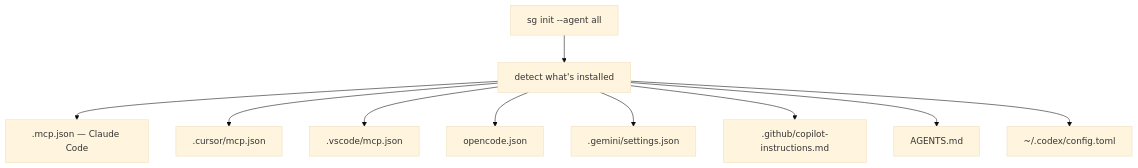
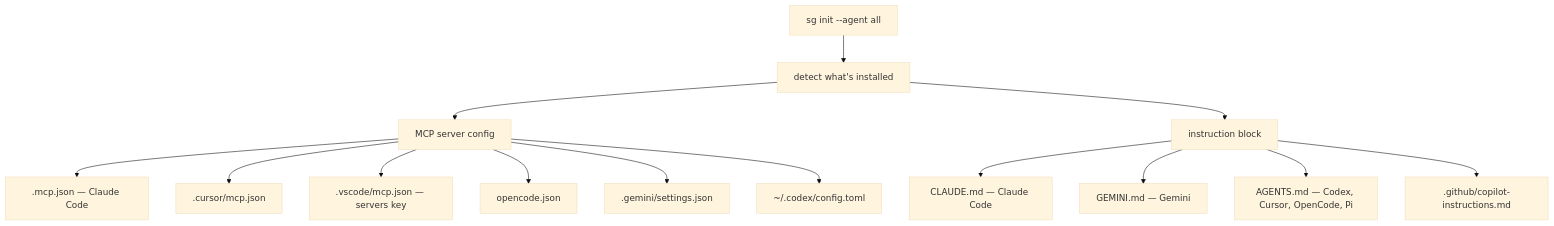
Before and after one commit to Deepjyoti-Sarmah/symbolgraph: the third of 4 diagrams in docs/11-serving-mcp.md, drawn with Mermaid (base theme). The commit also changed other lines of this file and 9 other files, not shown here.

First line of the commit message:
fix: per-editor instruction blocks, correct MCP shapes, fix doctor/uninstall

````diff
--- a/docs/11-serving-mcp.md
+++ b/docs/11-serving-mcp.md
@@ -104,12 +105,16 @@
 ```mermaid
 flowchart TD
     I["sg init --agent all"] --> D["detect what's installed"]
-    D --> C1[".mcp.json — Claude Code"]
-    D --> C2[".cursor/mcp.json"]
-    D --> C3[".vscode/mcp.json"]
-    D --> C4["opencode.json"]
-    D --> C5[".gemini/settings.json"]
-    D --> C6[".github/copilot-instructions.md"]
-    D --> C7["AGENTS.md"]
-    D --> C8["~/.codex/config.toml"]
+    D --> S["MCP server config"]
+    D --> T["instruction block"]
+    S --> C1[".mcp.json — Claude Code"]
+    S --> C2[".cursor/mcp.json"]
+    S --> C3[".vscode/mcp.json — servers key"]
+    S --> C4["opencode.json"]
+    S --> C5[".gemini/settings.json"]
+    S --> C8["~/.codex/config.toml"]
+    T --> B1["CLAUDE.md — Claude Code"]
+    T --> B2["GEMINI.md — Gemini"]
+    T --> B3["AGENTS.md — Codex, Cursor, OpenCode, Pi"]
+    T --> B4[".github/copilot-instructions.md"]
 ```
````
